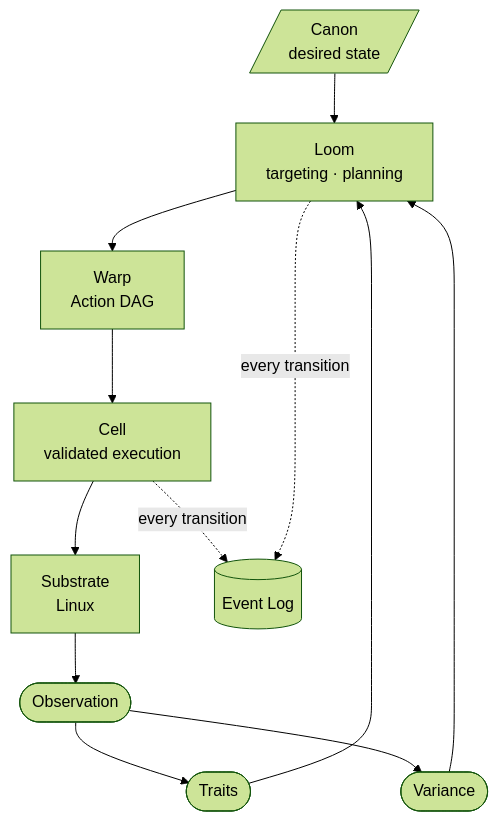
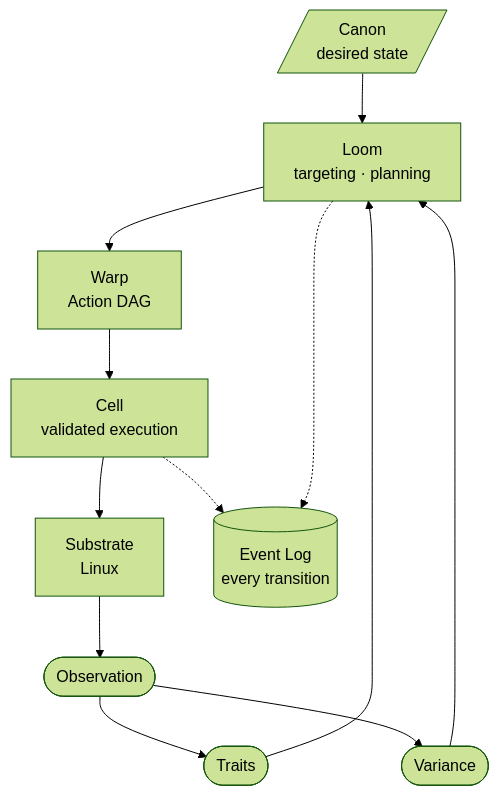
The second of 5 diagrams in docs/architecture/system.md (kmosoti/Nomos), drawn with Mermaid (forest theme) before and after one commit. The commit also changed other lines of this file and 7 other files, not shown here.

First line of the commit message:
Fix Mermaid diagrams that fail to render on GitHub

````diff
--- a/docs/architecture/system.md
+++ b/docs/architecture/system.md
@@ -32,15 +32,15 @@
 ```mermaid
 flowchart TB
     Canon[/"Canon<br/>desired state"/] --> Loom
     Loom["Loom<br/>targeting · planning"] --> Warp["Warp<br/>Action DAG"]
     Warp --> Cell["Cell<br/>validated execution"]
     Cell --> Substrate["Substrate<br/>Linux"]
     Substrate --> Obs(["Observation"])
     Obs --> Traits(["Traits"])
     Obs --> Var(["Variance"])
     Traits --> Loom
     Var --> Loom
 
-    Cell -. every transition .-> Ev[("Event Log")]
-    Loom -. every transition .-> Ev
+    Cell -.-> Ev[("Event Log<br/>every transition")]
+    Loom -.-> Ev
 ```
````
